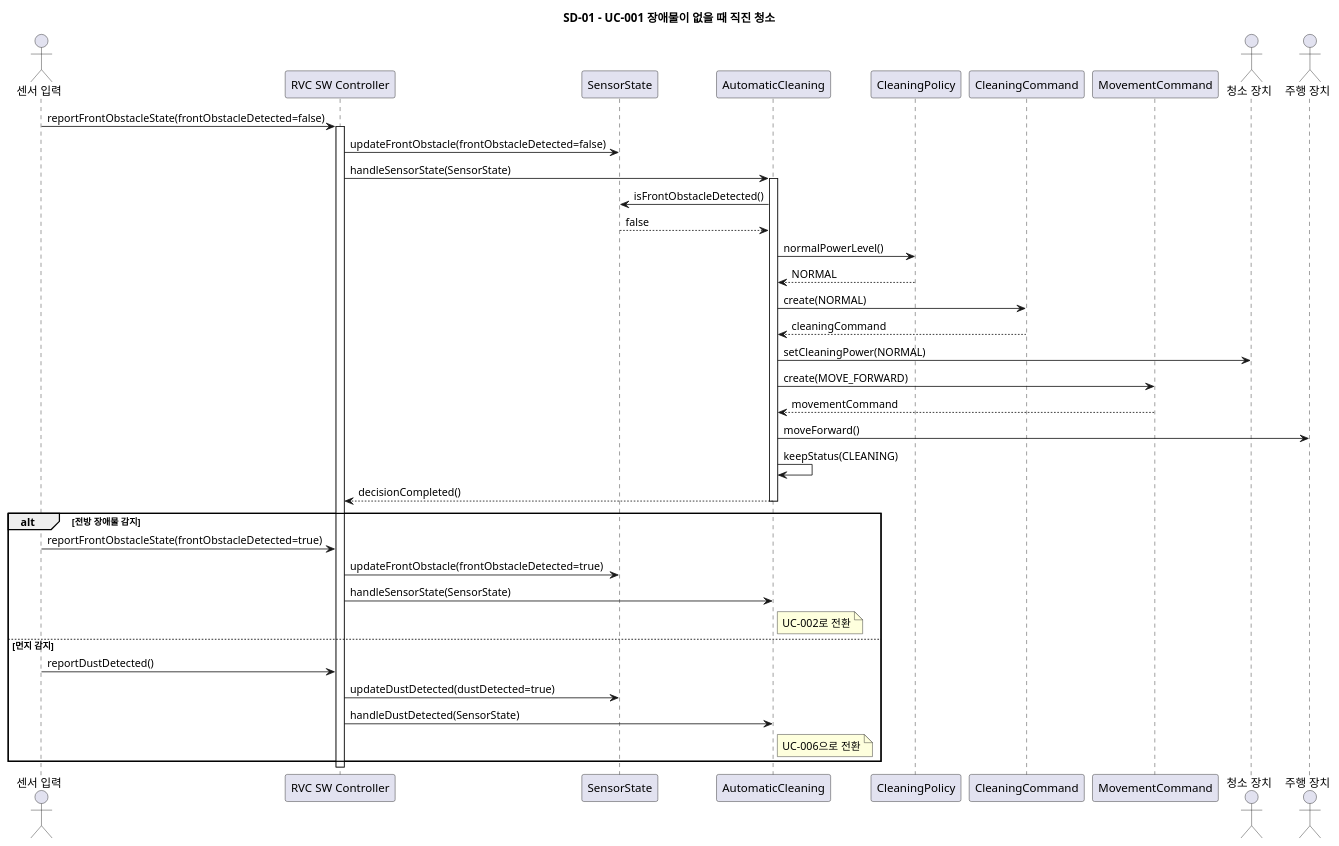
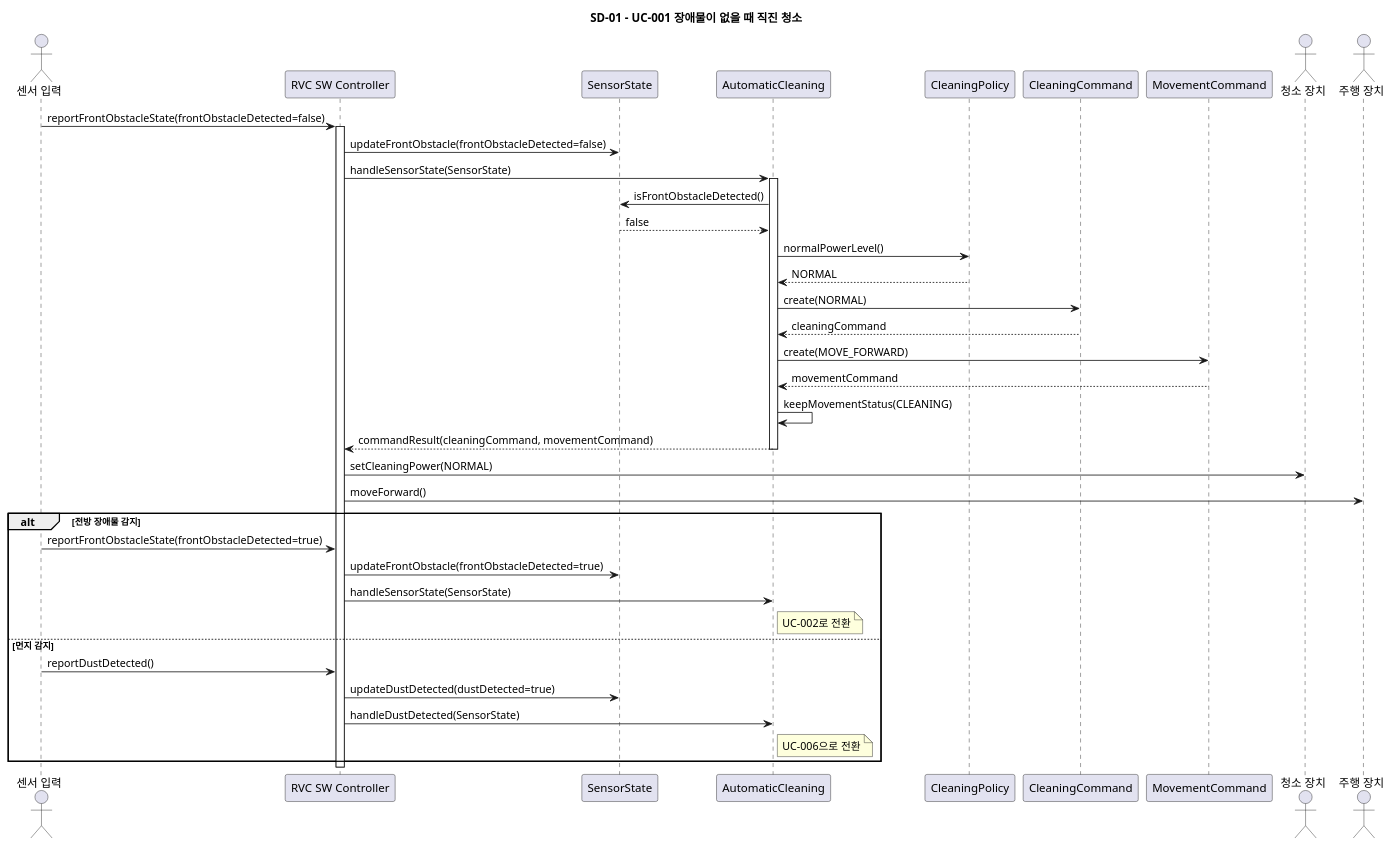
The diagram in docs/sd/SD-01.puml (OOAD-Team3/Robot-Vacuum-Cleaner-AI), drawn with PlantUML before and after one commit. The commit also changed other lines of this file and 9 other files, not shown here.

```diff
--- a/docs/sd/SD-01.puml
+++ b/docs/sd/SD-01.puml
@@ -6,46 +6,47 @@
 @startuml SD_01_UC001_Forward_Cleaning
 title SD-01 - UC-001 장애물이 없을 때 직진 청소
 
 actor "센서 입력" as Sensor
 participant "RVC SW Controller" as Controller
 participant "SensorState" as SensorState
 participant "AutomaticCleaning" as Cleaning
 participant "CleaningPolicy" as Policy
 participant "CleaningCommand" as CleaningCommand
 participant "MovementCommand" as MovementCommand
 actor "청소 장치" as Cleaner
 actor "주행 장치" as Drive
 
 Sensor -> Controller: reportFrontObstacleState(frontObstacleDetected=false)
 activate Controller
 Controller -> SensorState: updateFrontObstacle(frontObstacleDetected=false)
 Controller -> Cleaning: handleSensorState(SensorState)
 activate Cleaning
 Cleaning -> SensorState: isFrontObstacleDetected()
 SensorState --> Cleaning: false
 Cleaning -> Policy: normalPowerLevel()
 Policy --> Cleaning: NORMAL
 Cleaning -> CleaningCommand: create(NORMAL)
 CleaningCommand --> Cleaning: cleaningCommand
-Cleaning -> Cleaner: setCleaningPower(NORMAL)
 Cleaning -> MovementCommand: create(MOVE_FORWARD)
 MovementCommand --> Cleaning: movementCommand
-Cleaning -> Drive: moveForward()
-Cleaning -> Cleaning: keepStatus(CLEANING)
-Cleaning --> Controller: decisionCompleted()
+Cleaning -> Cleaning: keepMovementStatus(CLEANING)
+Cleaning --> Controller: commandResult(cleaningCommand, movementCommand)
 deactivate Cleaning
+
+Controller -> Cleaner: setCleaningPower(NORMAL)
+Controller -> Drive: moveForward()
 
 alt 전방 장애물 감지
     Sensor -> Controller: reportFrontObstacleState(frontObstacleDetected=true)
     Controller -> SensorState: updateFrontObstacle(frontObstacleDetected=true)
     Controller -> Cleaning: handleSensorState(SensorState)
     note right of Cleaning: UC-002로 전환
 else 먼지 감지
     Sensor -> Controller: reportDustDetected()
     Controller -> SensorState: updateDustDetected(dustDetected=true)
     Controller -> Cleaning: handleDustDetected(SensorState)
     note right of Cleaning: UC-006으로 전환
 end
 
 deactivate Controller
 @enduml
```
